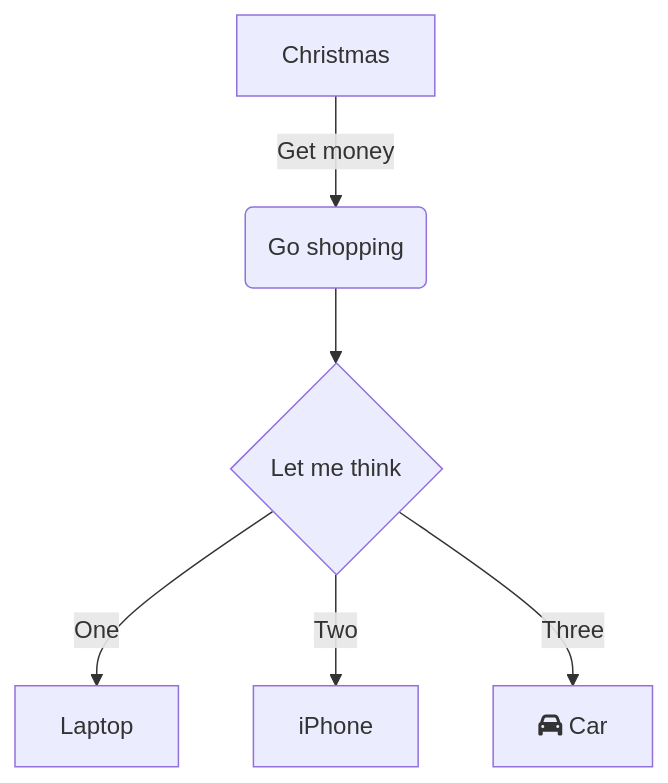
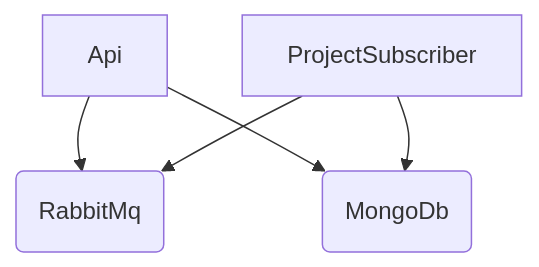
Before and after one commit to mdelvallemurcia/dotnet-microservice: the diagram in readme.md, drawn with Mermaid. The commit also changed other lines of this file and 19 other files, not shown here.

````diff
--- a/readme.md
+++ b/readme.md
@@ -14,14 +12,12 @@
 ```mermaid
 flowchart TD
-    A[Christmas]
-    B(Go shopping)
-    A -->|Get money| B
-    C{Let me think}
-    B --> C
-    D[Laptop]
-    E[iPhone]
-    C -->|One| D
-    C -->|Two| E
-    F[fa:fa-car Car]
-    C -->|Three| F
+    A[Api]
+    B(RabbitMq)
+    C(MongoDb)
+    D[ProjectSubscriber]
+
+    A --> B
+    A --> C
+    D --> B
+    D --> C
 ```
````
